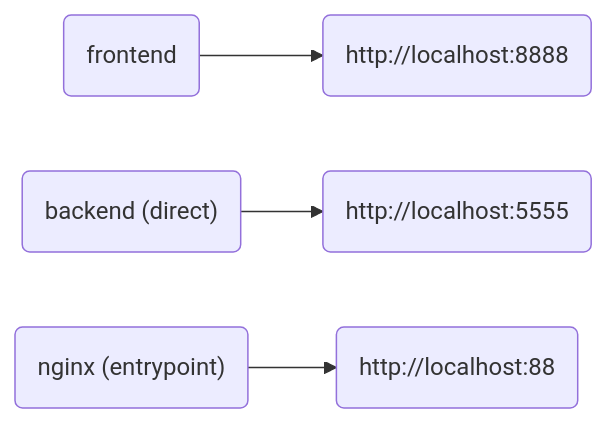
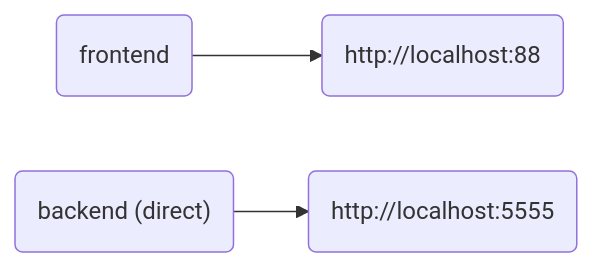
One commit to chump29/nfld changed the diagram in README.md. Above: the diagram before and after it, drawn with Mermaid. The commit also changed other lines of this file and 15 other files, not shown here.

````diff
--- a/README.md
+++ b/README.md
@@ -8,12 +8,9 @@
 ```mermaid
 flowchart LR
 frontend@{shape: rounded, label: "frontend"}
-frontendPort@{shape: rounded, label: "http://localhost:8888"}
+frontendPort@{shape: rounded, label: "http://localhost:88"}
 backend@{shape: rounded, label: "backend (direct)"}
 backendPort@{shape: rounded, label: "http://localhost:5555"}
-nginx@{shape: rounded, label: "nginx (entrypoint)"}
-nginxPort@{shape: rounded, label: "http://localhost:88"}
 frontend-->frontendPort
 backend-->backendPort
-nginx-->nginxPort
 ```
````
